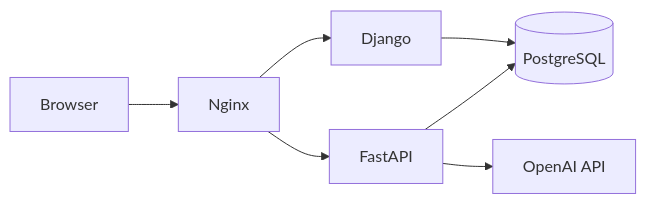
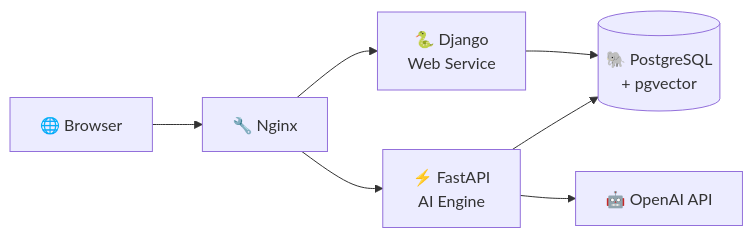
The diagram in README.md (skn-ai22-251029/SKN22-Final-2Team-WEB), drawn with Mermaid before and after one commit. The commit also changed other lines of this file and 1 other file, not shown here.

Commit message:
docs(readme): 대표 이미지 반영과 FastAPI 서브모듈 최신화

````diff
--- a/README.md
+++ b/README.md
@@ -16,9 +46,9 @@
 ```mermaid
 flowchart LR
-    B[Browser] --> N[Nginx]
-    N --> D[Django]
-    N --> F[FastAPI]
-    D --> P[(PostgreSQL)]
+    B[🌐 Browser] --> N[🔧 Nginx]
+    N --> D[🐍 Django<br/>Web Service]
+    N --> F[⚡ FastAPI<br/>AI Engine]
+    D --> P[(🐘 PostgreSQL<br/>+ pgvector)]
     F --> P
-    F --> O[OpenAI API]
+    F --> O[🤖 OpenAI API]
 ```
````
